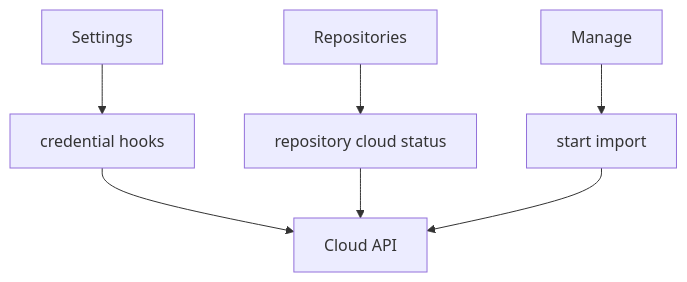
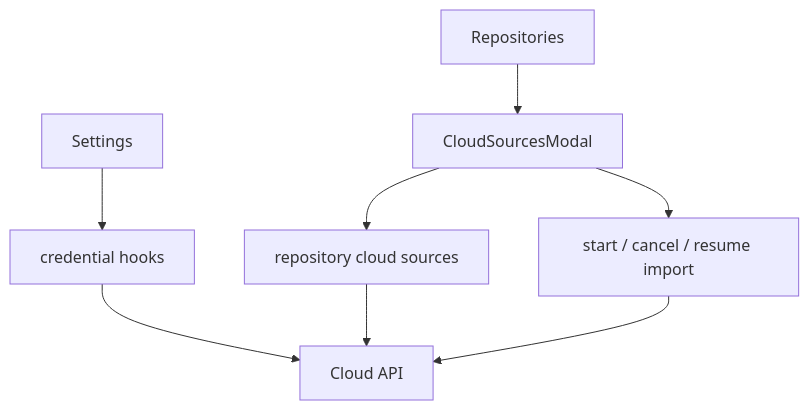
Before and after one commit to EdwinZhanCN/Lumilio-Photos: the diagram in web/src/features/cloud/doc.md, drawn with Mermaid. The commit also changed other lines of this file and 623 other files, not shown here.

````diff
--- a/web/src/features/cloud/doc.md
+++ b/web/src/features/cloud/doc.md
@@ -16,9 +16,10 @@
 ```mermaid
 flowchart TD
     SETTINGS["Settings"] --> CREDENTIALS["credential hooks"]
-    REPOSITORIES["Repositories"] --> STATUS["repository cloud status"]
-    MANAGE["Manage"] --> IMPORT["start import"]
+    REPOSITORIES["Repositories"] --> SOURCES["CloudSourcesModal"]
+    SOURCES --> STATUS["repository cloud sources"]
+    SOURCES --> IMPORT["start / cancel / resume import"]
     CREDENTIALS --> API["Cloud API"]
     STATUS --> API
     IMPORT --> API
 ```
````
